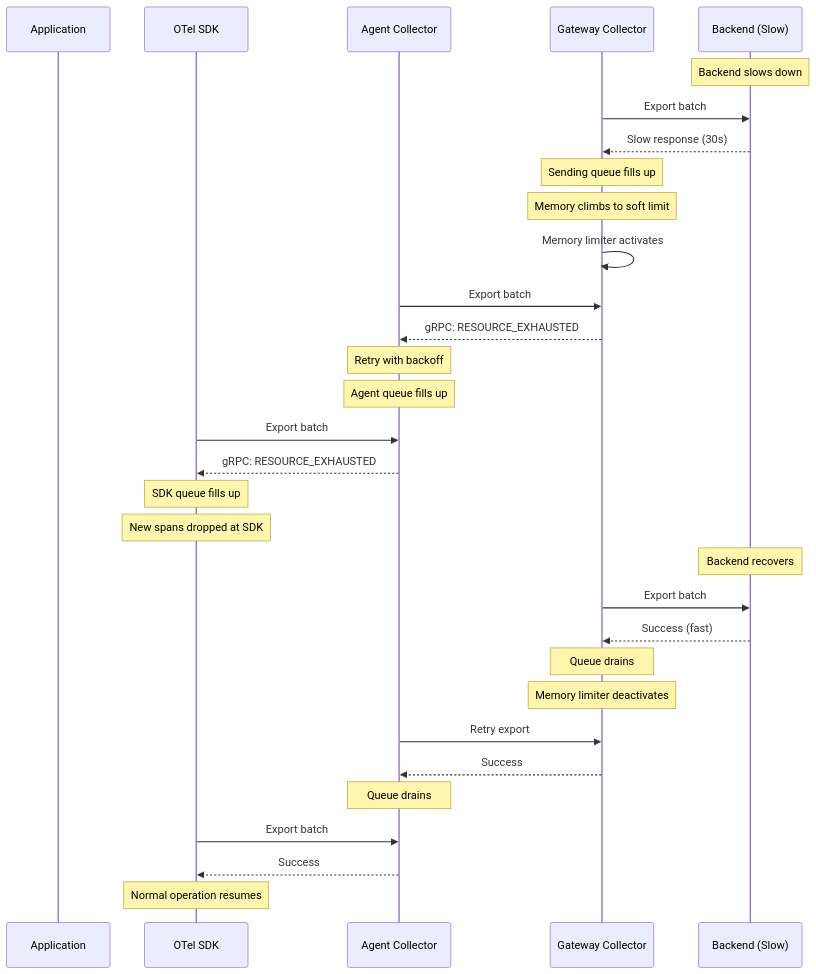
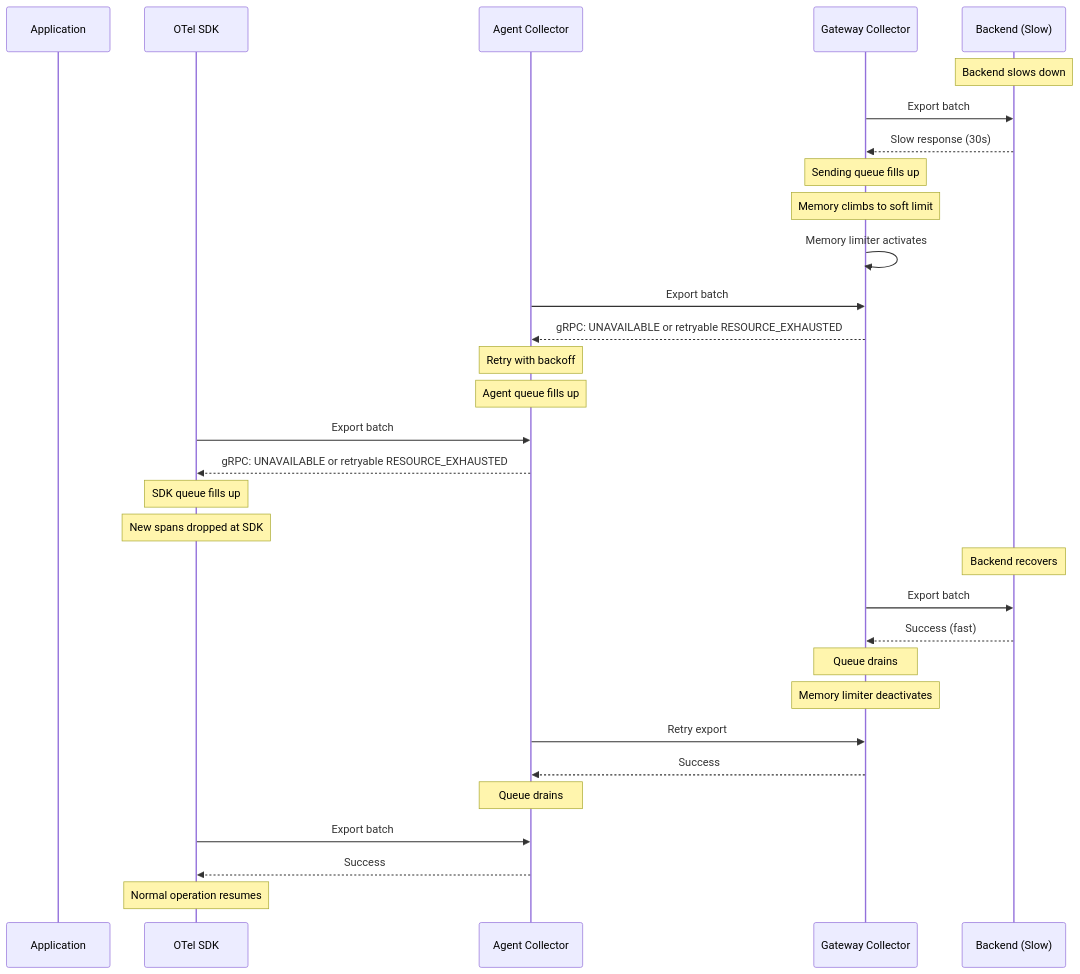
One commit to OneUptime/blog changed the second of 3 diagrams in posts/2026-02-06-backpressure-handling-opentelemetry-pipelines/README.md. Above: the diagram before and after it, drawn with Mermaid. The commit also changed other lines of this file and 2 other files, not shown here.

````diff
--- a/posts/2026-02-06-backpressure-handling-opentelemetry-pipelines/README.md
+++ b/posts/2026-02-06-backpressure-handling-opentelemetry-pipelines/README.md
@@ -83,41 +84,41 @@
 ```mermaid
 sequenceDiagram
     participant App as Application
     participant SDK as OTel SDK
     participant Agent as Agent Collector
     participant Gateway as Gateway Collector
     participant Backend as Backend (Slow)
 
     Note over Backend: Backend slows down
 
     Gateway->>Backend: Export batch
     Backend-->>Gateway: Slow response (30s)
     Note over Gateway: Sending queue fills up
     Note over Gateway: Memory climbs to soft limit
     Gateway->>Gateway: Memory limiter activates
 
     Agent->>Gateway: Export batch
-    Gateway-->>Agent: gRPC: RESOURCE_EXHAUSTED
+    Gateway-->>Agent: gRPC: UNAVAILABLE or retryable RESOURCE_EXHAUSTED
     Note over Agent: Retry with backoff
     Note over Agent: Agent queue fills up
 
     SDK->>Agent: Export batch
-    Agent-->>SDK: gRPC: RESOURCE_EXHAUSTED
+    Agent-->>SDK: gRPC: UNAVAILABLE or retryable RESOURCE_EXHAUSTED
     Note over SDK: SDK queue fills up
     Note over SDK: New spans dropped at SDK
 
     Note over Backend: Backend recovers
 
     Gateway->>Backend: Export batch
     Backend-->>Gateway: Success (fast)
     Note over Gateway: Queue drains
     Note over Gateway: Memory limiter deactivates
 
     Agent->>Gateway: Retry export
     Gateway-->>Agent: Success
     Note over Agent: Queue drains
 
     SDK->>Agent: Export batch
     Agent-->>SDK: Success
     Note over SDK: Normal operation resumes
 ```
````
